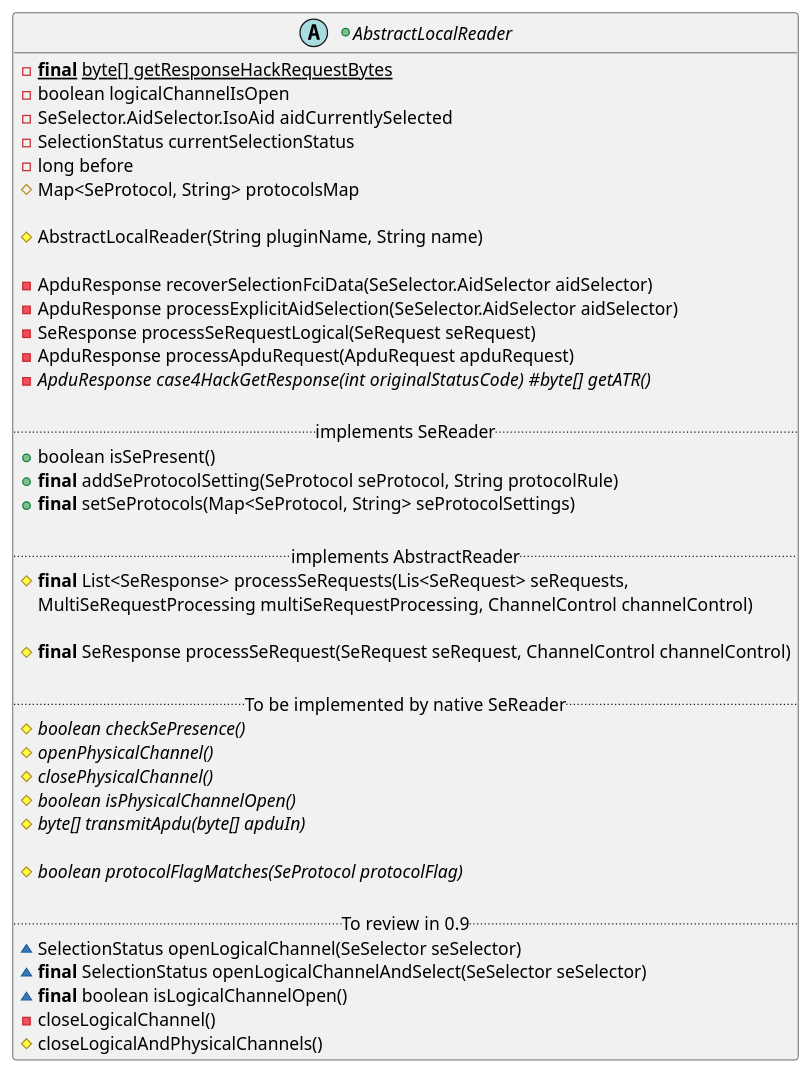
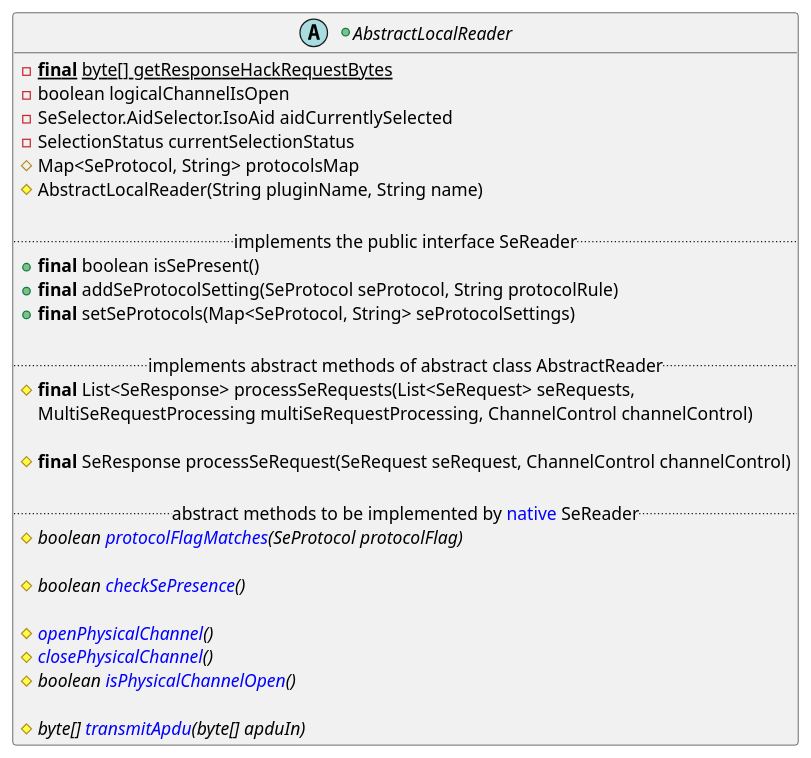
Before and after one commit to calypsonet/keyple: diagram 24 of 26 in src/KeypleCoreApi/PluginApi/puml/KeypleCore-PluginApi-ClassDiag-SE_Proxy-ClassElements.iuml, drawn with PlantUML. The commit also changed other lines of this file and 18 other files, not shown here.

Commit message:
SAM selection with unlock feature new Verify PIN API based on process method internal plugin API visibility access fixes

```diff
--- a/src/KeypleCoreApi/PluginApi/puml/KeypleCore-PluginApi-ClassDiag-SE_Proxy-ClassElements.iuml
+++ b/src/KeypleCoreApi/PluginApi/puml/KeypleCore-PluginApi-ClassDiag-SE_Proxy-ClassElements.iuml
@@ -483,45 +493,45 @@
 @startuml(id=PLUGIN_LOCALREADER_0_9_0)
 +abstract AbstractLocalReader {
   -{static}<b>final</b> byte[] getResponseHackRequestBytes
   -boolean logicalChannelIsOpen
   -SeSelector.AidSelector.IsoAid aidCurrentlySelected
   -SelectionStatus currentSelectionStatus
-  -long before
+'  -long before
   #Map<SeProtocol, String> protocolsMap
-
   #AbstractLocalReader(String pluginName, String name)
 
-  -ApduResponse recoverSelectionFciData(SeSelector.AidSelector aidSelector)
-  -ApduResponse processExplicitAidSelection(SeSelector.AidSelector aidSelector)
-  -SeResponse processSeRequestLogical(SeRequest seRequest)
-  -ApduResponse processApduRequest(ApduRequest apduRequest)
-  -ApduResponse case4HackGetResponse(int originalStatusCode)  #{abstract} byte[] getATR()
-
-  .. implements SeReader ..
-  +boolean isSePresent()
+'  -ApduResponse recoverSelectionFciData(SeSelector.AidSelector aidSelector)
+'  -ApduResponse processExplicitAidSelection(SeSelector.AidSelector aidSelector)
+'  -SeResponse processSeRequestLogical(SeRequest seRequest)
+'  -ApduResponse processApduRequest(ApduRequest apduRequest)
+'  -ApduResponse case4HackGetResponse(int originalStatusCode)  #{abstract} byte[] getATR()
+'
+  .. implements the public interface SeReader ..
+  +<b>final</b> boolean isSePresent()
   +<b>final</b> addSeProtocolSetting(SeProtocol seProtocol, String protocolRule)
   +<b>final</b> setSeProtocols(Map<SeProtocol, String> seProtocolSettings)
 
-  .. implements AbstractReader ..
-  #<b>final</b> List<SeResponse> processSeRequests(Lis<SeRequest> seRequests,
+  .. implements abstract methods of abstract class AbstractReader ..
+  #<b>final</b> List<SeResponse> processSeRequests(List<SeRequest> seRequests,
     MultiSeRequestProcessing multiSeRequestProcessing, ChannelControl channelControl)
 
   #<b>final</b> SeResponse processSeRequest(SeRequest seRequest, ChannelControl channelControl)
 
-  .. To be implemented by native SeReader ..
-  #{abstract} boolean checkSePresence()
-  #{abstract} openPhysicalChannel()
-  #{abstract} closePhysicalChannel()
-  #{abstract} boolean isPhysicalChannelOpen()
-  #{abstract} byte[] transmitApdu(byte[] apduIn)
+  .. abstract methods to be implemented by <color:blue>native</color> SeReader ..
+  #{abstract} boolean <color:blue>protocolFlagMatches</color>(SeProtocol protocolFlag)
 
-  #{abstract} boolean protocolFlagMatches(SeProtocol protocolFlag)
+  #{abstract} boolean <color:blue>checkSePresence</color>()
 
-  .. To review in 0.9 ..
-  ~SelectionStatus openLogicalChannel(SeSelector seSelector)
-  ~<b>final</b> SelectionStatus openLogicalChannelAndSelect(SeSelector seSelector)
-  ~<b>final</b> boolean isLogicalChannelOpen()
-  -closeLogicalChannel()
-  #closeLogicalAndPhysicalChannels()
+  #{abstract} <color:blue>openPhysicalChannel</color>()
+  #{abstract} <color:blue>closePhysicalChannel</color>()
+  #{abstract} boolean <color:blue>isPhysicalChannelOpen</color>()
+
+  #{abstract} byte[] <color:blue>transmitApdu</color>(byte[] apduIn)
+'  .. internal ..
+'  ~SelectionStatus openLogicalChannel(SeSelector seSelector)
+'  ~<b>final</b> SelectionStatus openLogicalChannelAndSelect(SeSelector seSelector)
+'  ~<b>final</b> boolean isLogicalChannelOpen()
+'  -closeLogicalChannel()
+'  ~closeLogicalAndPhysicalChannels()
 }
 @enduml
```
